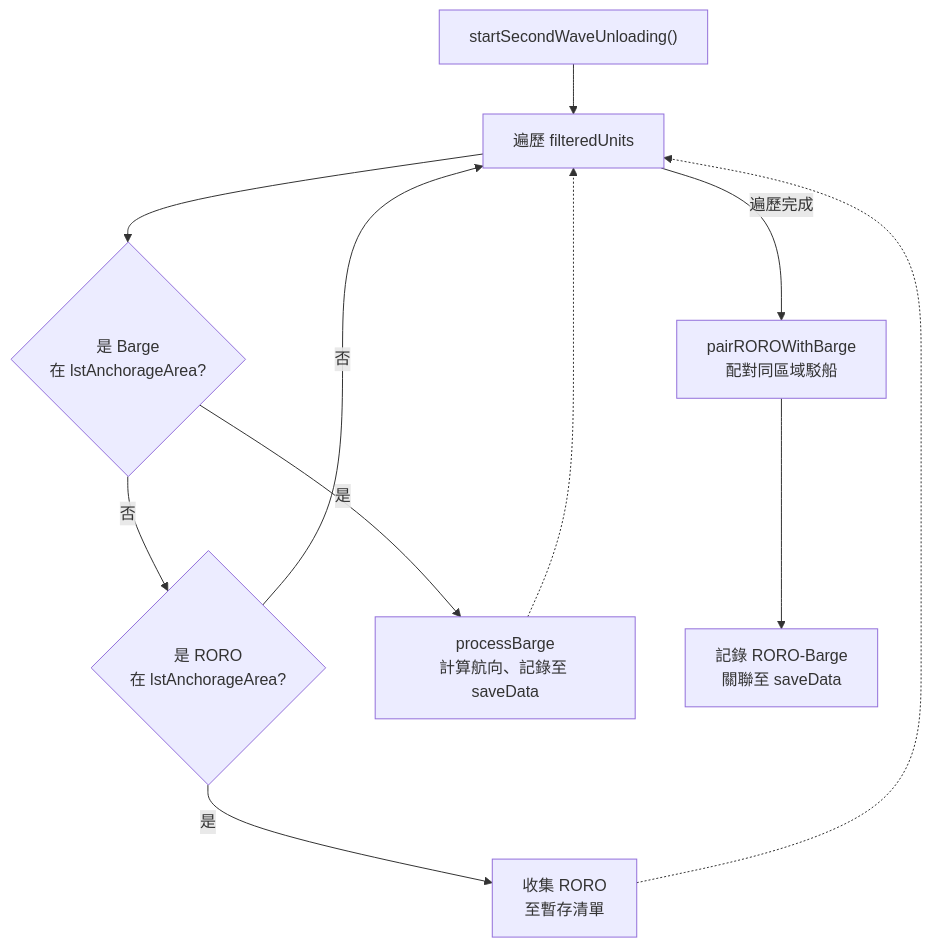
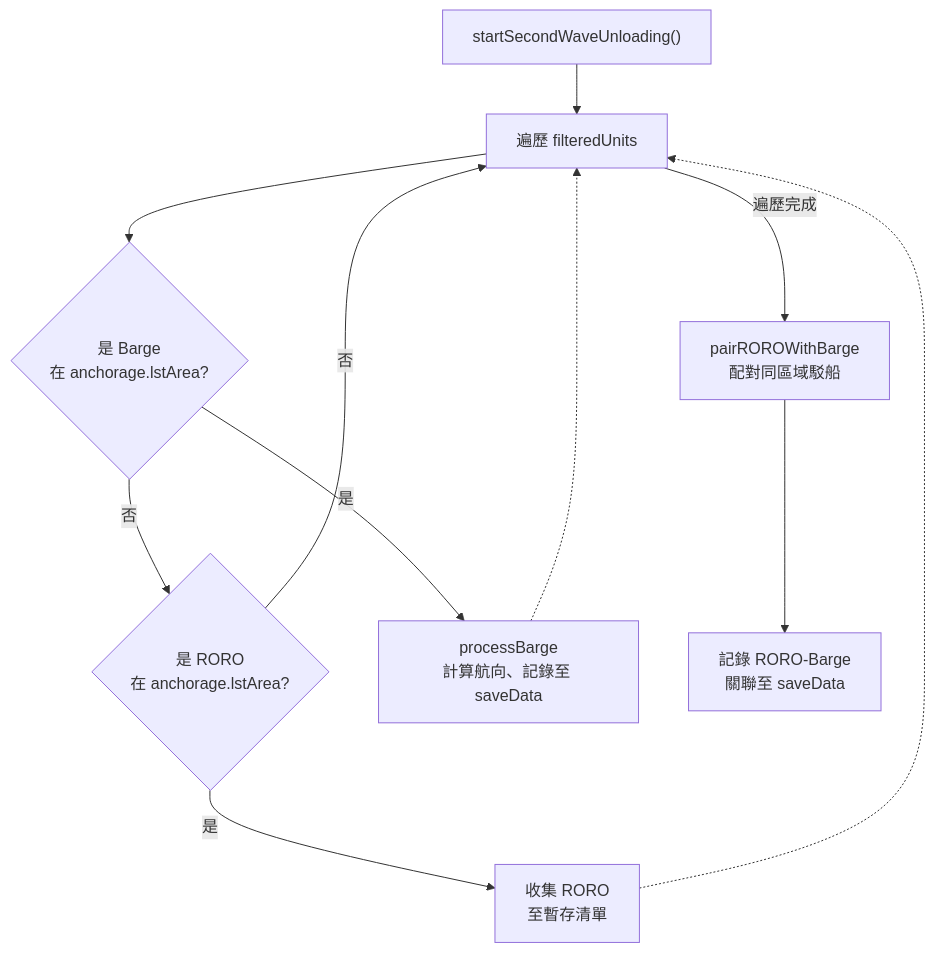
Before and after one commit to pullupjumper/formosa-in-flames: the third of 5 diagrams in docs/landingOps/secondWaveUnloading.md, drawn with Mermaid. The commit also changed other lines of this file and 30 other files, not shown here.

````diff
--- a/docs/landingOps/secondWaveUnloading.md
+++ b/docs/landingOps/secondWaveUnloading.md
@@ -71,21 +71,21 @@
 ```mermaid
 flowchart TD
     START["startSecondWaveUnloading()"]
     ITER_UNIT["遍歷 filteredUnits"]
-    IS_BARGE{是 Barge<br>在 lstAnchorageArea?}
-    IS_RORO{是 RORO<br>在 lstAnchorageArea?}
+    IS_BARGE{是 Barge<br>在 anchorage.lstArea?}
+    IS_RORO{是 RORO<br>在 anchorage.lstArea?}
     PROC_BARGE["processBarge<br>計算航向、記錄至 saveData"]
     COLLECT_RORO["收集 RORO<br>至暫存清單"]
     PAIR["pairROROWithBarge<br>配對同區域駁船"]
     SAVE["記錄 RORO-Barge<br>關聯至 saveData"]
 
     START --> ITER_UNIT
     ITER_UNIT --> IS_BARGE
     IS_BARGE -->|是| PROC_BARGE
     IS_BARGE -->|否| IS_RORO
     IS_RORO -->|是| COLLECT_RORO
     IS_RORO -->|否| ITER_UNIT
     PROC_BARGE -.-> ITER_UNIT
     COLLECT_RORO -.-> ITER_UNIT
     ITER_UNIT -->|遍歷完成| PAIR --> SAVE
 ```
````
